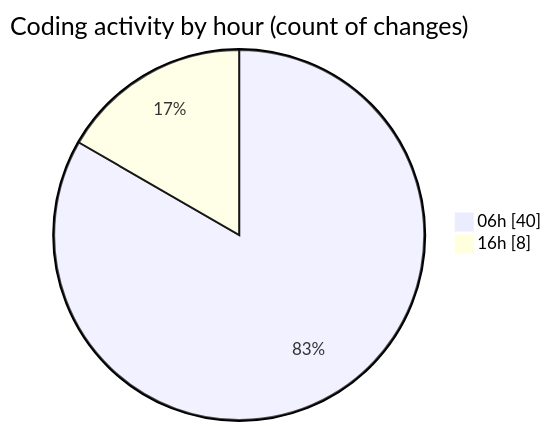
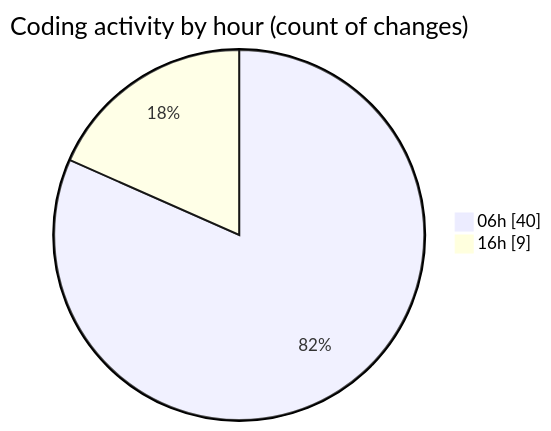
The second of 2 diagrams in 2025-02-25/micros/README.md (charlie-sans/code-tracking), drawn with Mermaid before and after one commit. The commit also changed other lines of this file and 1 other file, not shown here.

````diff
--- a/2025-02-25/micros/README.md
+++ b/2025-02-25/micros/README.md
@@ -41,6 +42,6 @@
 ```mermaid
 pie showData
 title Coding activity by hour (count of changes)
 "06h" : 40
-"16h" : 8
+"16h" : 9
 ```
````
